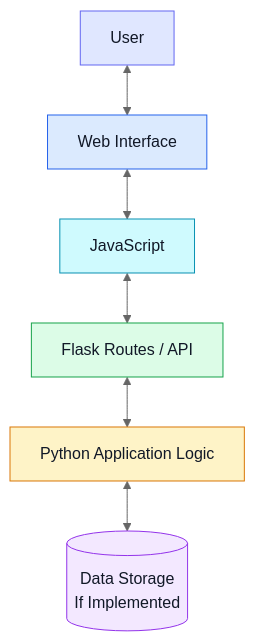
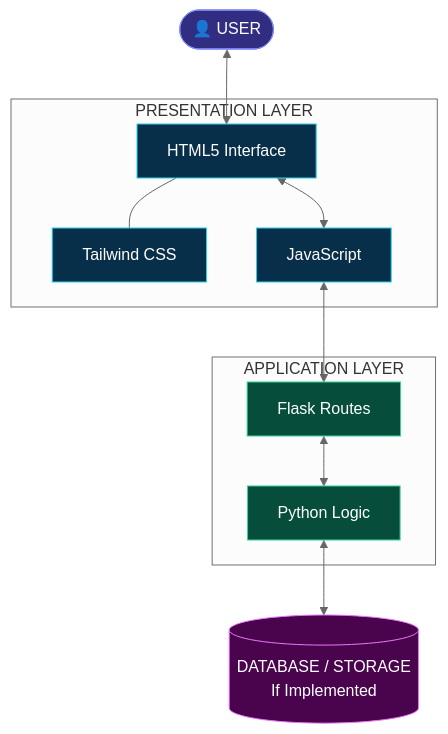
The first of 2 diagrams in README.md (maahii-in/first-pratice-2021), drawn with Mermaid (neutral theme) before and after one commit. The commit also changed other lines of this file, not shown here.

````diff
--- a/README.md
+++ b/README.md
@@ -77,15 +270,31 @@
 ```mermaid
-flowchart TD
-    A["User"] <--> B["Web Interface"]
-    B <--> C["JavaScript"]
-    C <--> D["Flask Routes / API"]
-    D <--> E["Python Application Logic"]
-    E <--> F[("Data Storage<br/>If Implemented")]
+flowchart TB
+    USER(["👤 USER"])
+    subgraph FRONTEND["PRESENTATION LAYER"]
+        UI["HTML5 Interface"]
+        STYLE["Tailwind CSS"]
+        JS["JavaScript"]
+    end
+    subgraph BACKEND["APPLICATION LAYER"]
+        ROUTE["Flask Routes"]
+        LOGIC["Python Logic"]
+    end
+    DATA[("DATABASE / STORAGE<br/>If Implemented")]
 
-    style A fill:#E0E7FF,stroke:#6366F1,color:#111827
-    style B fill:#DBEAFE,stroke:#2563EB,color:#111827
-    style C fill:#CFFAFE,stroke:#0891B2,color:#111827
-    style D fill:#DCFCE7,stroke:#16A34A,color:#111827
-    style E fill:#FEF3C7,stroke:#D97706,color:#111827
-    style F fill:#F3E8FF,stroke:#9333EA,color:#111827
+    USER <--> UI
+    UI --- STYLE
+    UI <--> JS
+    JS <--> ROUTE
+    ROUTE <--> LOGIC
+    LOGIC <--> DATA
+
+    classDef user fill:#312e81,stroke:#818cf8,color:#ffffff
+    classDef front fill:#082f49,stroke:#22d3ee,color:#ffffff
+    classDef back fill:#064e3b,stroke:#34d399,color:#ffffff
+    classDef database fill:#4a044e,stroke:#e879f9,color:#ffffff
+
+    class USER user
+    class UI,STYLE,JS front
+    class ROUTE,LOGIC back
+    class DATA database
 ```
````
